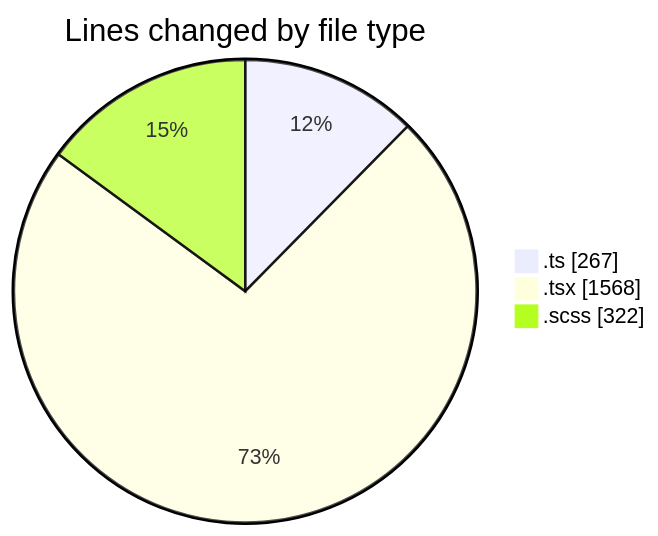
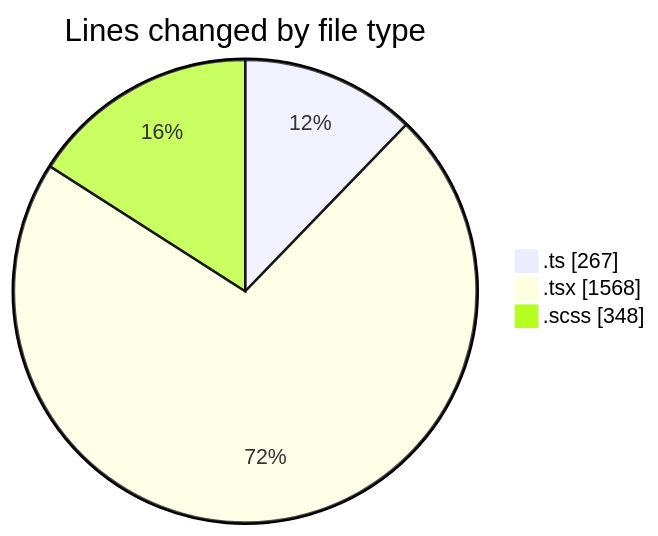
Before and after one commit to momahboobian/code-tracking: the first of 2 diagrams in 2025-05-01/cda/README.md, drawn with Mermaid. The commit also changed other lines of this file and 1 other file, not shown here.

````diff
--- a/2025-05-01/cda/README.md
+++ b/2025-05-01/cda/README.md
@@ -31,7 +32,7 @@
 ```mermaid
 pie showData
 title Lines changed by file type
 ".ts" : 267
 ".tsx" : 1568
-".scss" : 322
+".scss" : 348
 ```
````
